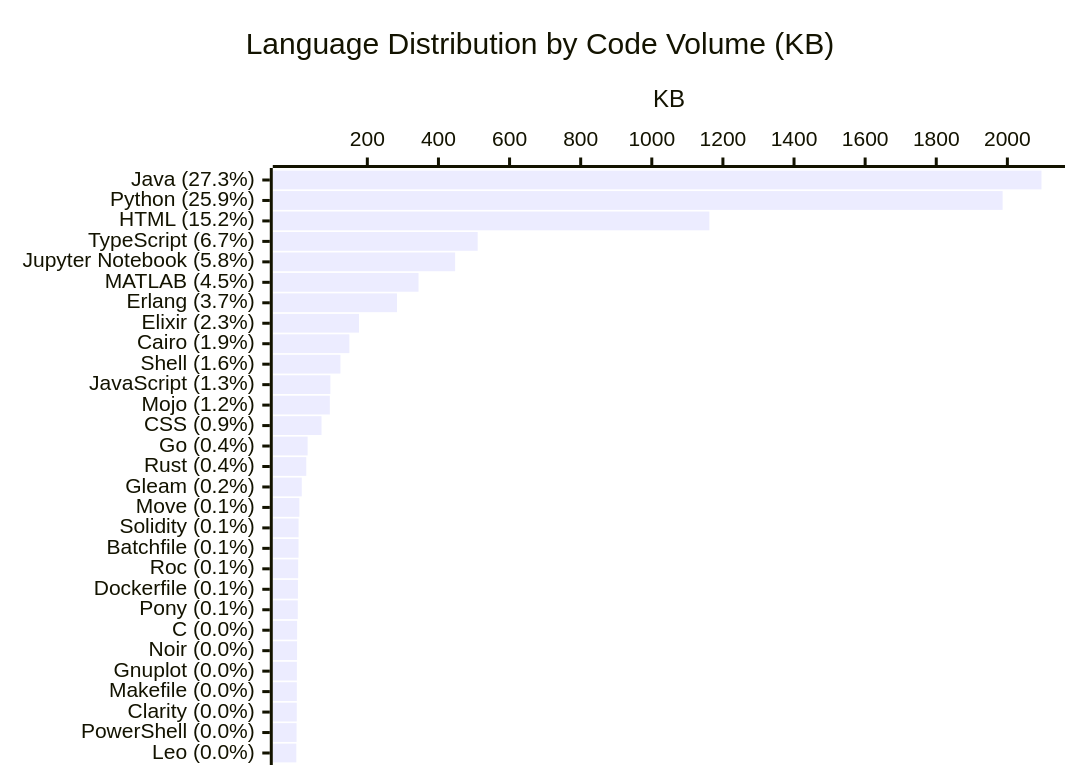
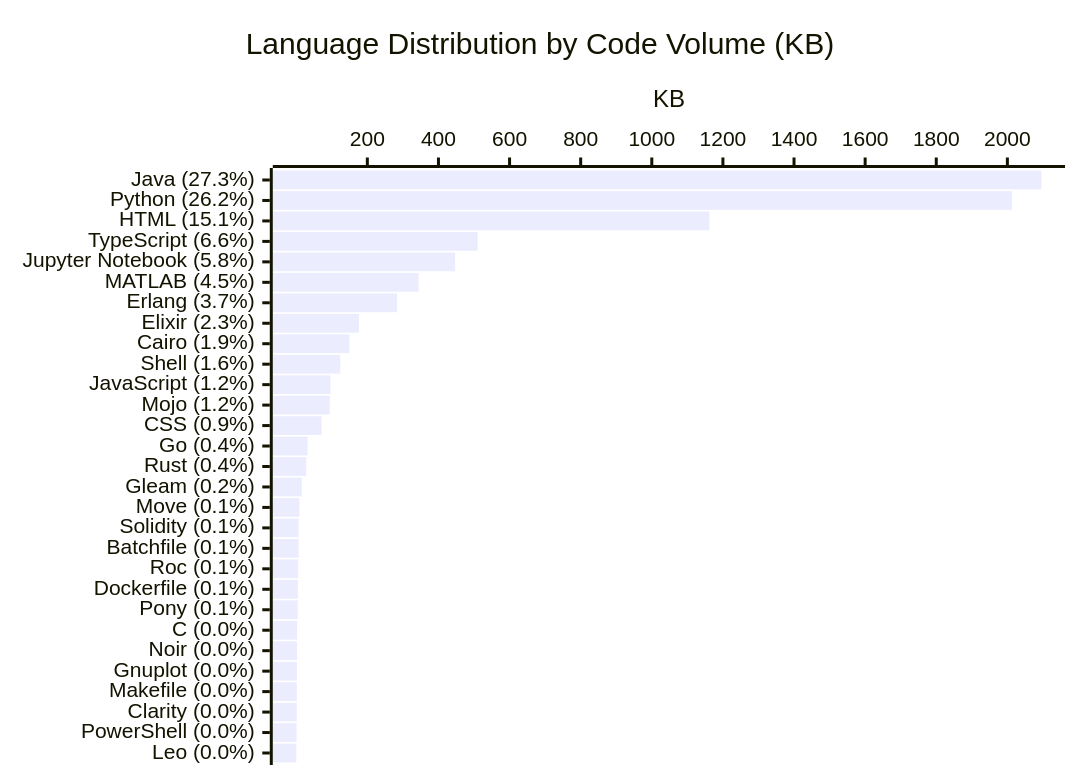
Before and after one commit to KathiraveluLab/.github: the diagram in profile/README.md, drawn with Mermaid. The commit also changed other lines of this file and 1 other file, not shown here.

````diff
--- a/profile/README.md
+++ b/profile/README.md
@@ -68,7 +67,7 @@
 ```mermaid
 xychart-beta horizontal
     title "Language Distribution by Code Volume (KB)"
-    x-axis ["Java (27.3%)", "Python (25.9%)", "HTML (15.2%)", "TypeScript (6.7%)", "Jupyter Notebook (5.8%)", "MATLAB (4.5%)", "Erlang (3.7%)", "Elixir (2.3%)", "Cairo (1.9%)", "Shell (1.6%)", "JavaScript (1.3%)", "Mojo (1.2%)", "CSS (0.9%)", "Go (0.4%)", "Rust (0.4%)", "Gleam (0.2%)", "Move (0.1%)", "Solidity (0.1%)", "Batchfile (0.1%)", "Roc (0.1%)", "Dockerfile (0.1%)", "Pony (0.1%)", "C (0.0%)", "Noir (0.0%)", "Gnuplot (0.0%)", "Makefile (0.0%)", "Clarity (0.0%)", "PowerShell (0.0%)", "Leo (0.0%)"]
+    x-axis ["Java (27.3%)", "Python (26.2%)", "HTML (15.1%)", "TypeScript (6.6%)", "Jupyter Notebook (5.8%)", "MATLAB (4.5%)", "Erlang (3.7%)", "Elixir (2.3%)", "Cairo (1.9%)", "Shell (1.6%)", "JavaScript (1.2%)", "Mojo (1.2%)", "CSS (0.9%)", "Go (0.4%)", "Rust (0.4%)", "Gleam (0.2%)", "Move (0.1%)", "Solidity (0.1%)", "Batchfile (0.1%)", "Roc (0.1%)", "Dockerfile (0.1%)", "Pony (0.1%)", "C (0.0%)", "Noir (0.0%)", "Gnuplot (0.0%)", "Makefile (0.0%)", "Clarity (0.0%)", "PowerShell (0.0%)", "Leo (0.0%)"]
     y-axis "KB"
-    bar [2095.91, 1986.58, 1161.96, 510.29, 446.91, 343.93, 283.41, 176.6, 149.42, 124.34, 96.07, 94.5, 71.2, 32.03, 28.25, 15.66, 8.83, 6.65, 6.48, 5.51, 4.76, 4.41, 2.58, 2.46, 1.82, 1.71, 1.53, 1.02, 0.26]
+    bar [2095.91, 2012.74, 1161.96, 510.3, 446.91, 343.93, 283.41, 176.6, 149.42, 124.1, 96.07, 94.5, 71.2, 32.03, 28.25, 15.66, 8.83, 6.65, 6.48, 5.51, 4.59, 4.41, 2.58, 2.46, 1.82, 1.71, 1.53, 1.02, 0.26]
 ```
````
